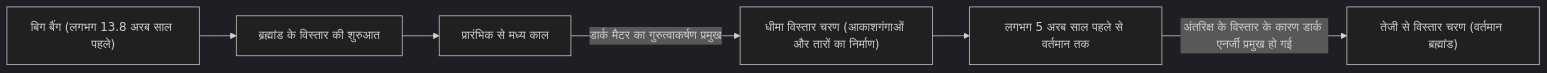
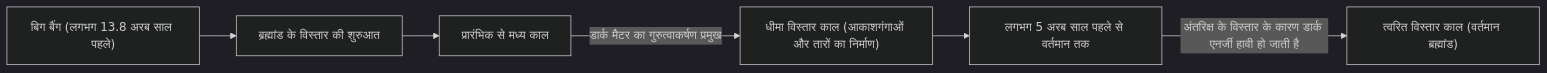
The second of 2 diagrams in content/post/dark-matter-dark-energy-mysteries/index.hi.md (kenjinote/blog), drawn with Mermaid (dark theme) before and after one commit. The commit also changed other lines of this file and 12 other files, not shown here.

````diff
--- a/content/post/dark-matter-dark-energy-mysteries/index.hi.md
+++ b/content/post/dark-matter-dark-energy-mysteries/index.hi.md
@@ -83,8 +89,8 @@
 ```mermaid
 graph LR
     A["बिग बैंग (लगभग 13.8 अरब साल पहले)"] --> B["ब्रह्मांड के विस्तार की शुरुआत"]
     B --> C["प्रारंभिक से मध्य काल"]
-    C -- "डार्क मैटर का गुरुत्वाकर्षण प्रमुख" --> D["धीमा विस्तार चरण (आकाशगंगाओं और तारों का निर्माण)"]
+    C -- "डार्क मैटर का गुरुत्वाकर्षण प्रमुख" --> D["धीमा विस्तार काल (आकाशगंगाओं और तारों का निर्माण)"]
     D --> E["लगभग 5 अरब साल पहले से वर्तमान तक"]
-    E -- "अंतरिक्ष के विस्तार के कारण डार्क एनर्जी प्रमुख हो गई" --> F["तेजी से विस्तार चरण (वर्तमान ब्रह्मांड)"]
+    E -- "अंतरिक्ष के विस्तार के कारण डार्क एनर्जी हावी हो जाती है" --> F["त्वरित विस्तार काल (वर्तमान ब्रह्मांड)"]
 ```
````
